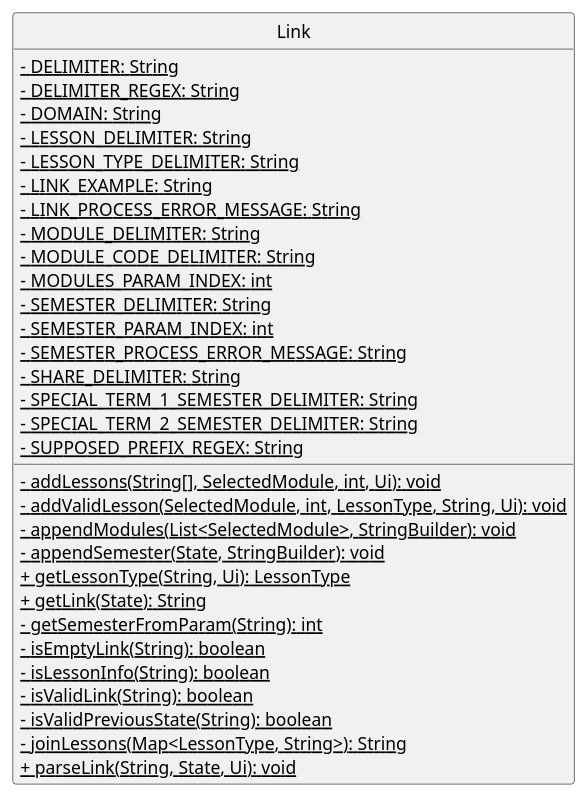
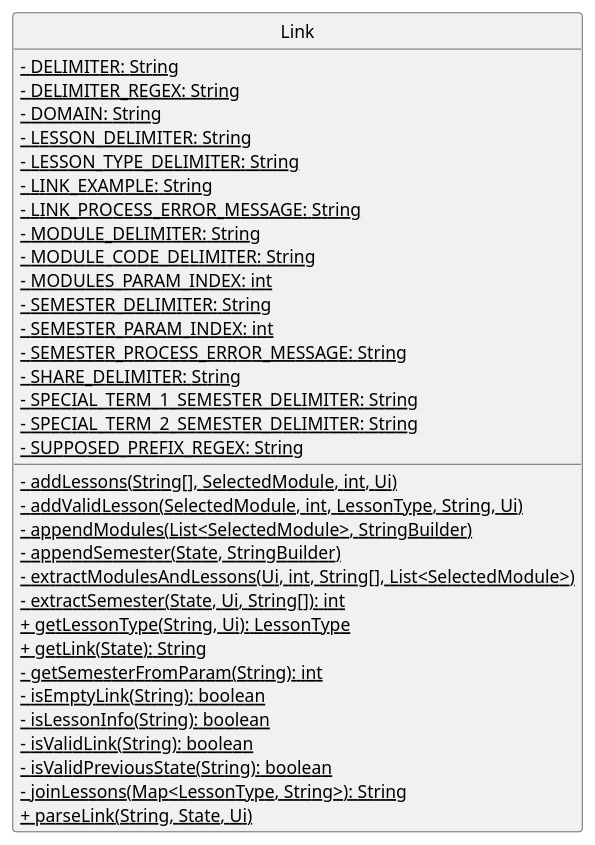
One commit to nus-cs2113-AY2223S1/tp changed the diagram in docs/UMLdiagrams/linkClass.puml. Above: the diagram before and after it, drawn with PlantUML. The commit also changed 2 other files, not shown here.

Commit message:
Split parseLink function into smaller parts

```diff
--- a/docs/UMLdiagrams/linkClass.puml
+++ b/docs/UMLdiagrams/linkClass.puml
@@ -1,39 +1,41 @@
 @startuml
 'https://plantuml.com/sequence-diagram
 hide circle
 skinparam classAttributeIconSize 0
 
 class Link {
     <u>- DELIMITER: String
     <u>- DELIMITER_REGEX: String
     <u>- DOMAIN: String
     <u>- LESSON_DELIMITER: String
     <u>- LESSON_TYPE_DELIMITER: String
     <u>- LINK_EXAMPLE: String
     <u>- LINK_PROCESS_ERROR_MESSAGE: String
     <u>- MODULE_DELIMITER: String
     <u>- MODULE_CODE_DELIMITER: String
     <u>- MODULES_PARAM_INDEX: int
     <u>- SEMESTER_DELIMITER: String
     <u>- SEMESTER_PARAM_INDEX: int
     <u>- SEMESTER_PROCESS_ERROR_MESSAGE: String
     <u>- SHARE_DELIMITER: String
     <u>- SPECIAL_TERM_1_SEMESTER_DELIMITER: String
     <u>- SPECIAL_TERM_2_SEMESTER_DELIMITER: String
     <u>- SUPPOSED_PREFIX_REGEX: String
 
-    <u>- addLessons(String[], SelectedModule, int, Ui): void
-    <u>- addValidLesson(SelectedModule, int, LessonType, String, Ui): void
-    <u>- appendModules(List<SelectedModule>, StringBuilder): void
-    <u>- appendSemester(State, StringBuilder): void
+    <u>- addLessons(String[], SelectedModule, int, Ui)
+    <u>- addValidLesson(SelectedModule, int, LessonType, String, Ui)
+    <u>- appendModules(List<SelectedModule>, StringBuilder)
+    <u>- appendSemester(State, StringBuilder)
+    <u>- extractModulesAndLessons(Ui, int, String[], List<SelectedModule>)
+    <u>- extractSemester(State, Ui, String[]): int
     <u>+ getLessonType(String, Ui): LessonType
     <u>+ getLink(State): String
     <u>- getSemesterFromParam(String): int
     <u>- isEmptyLink(String): boolean
     <u>- isLessonInfo(String): boolean
     <u>- isValidLink(String): boolean
     <u>- isValidPreviousState(String): boolean
     <u>- joinLessons(Map<LessonType, String>): String
-    <u>+ parseLink(String, State, Ui): void
+    <u>+ parseLink(String, State, Ui)
 }
 @enduml
```
